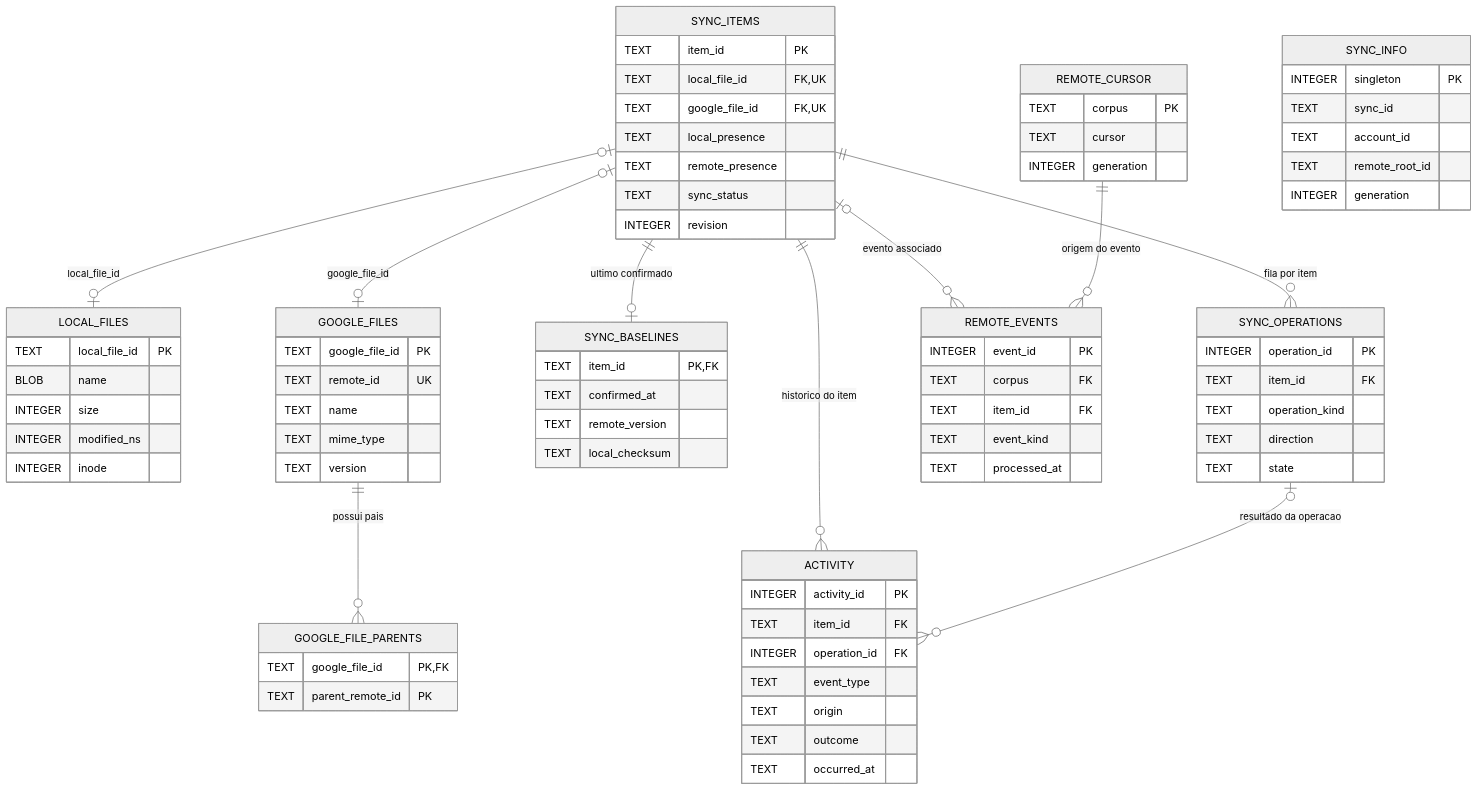
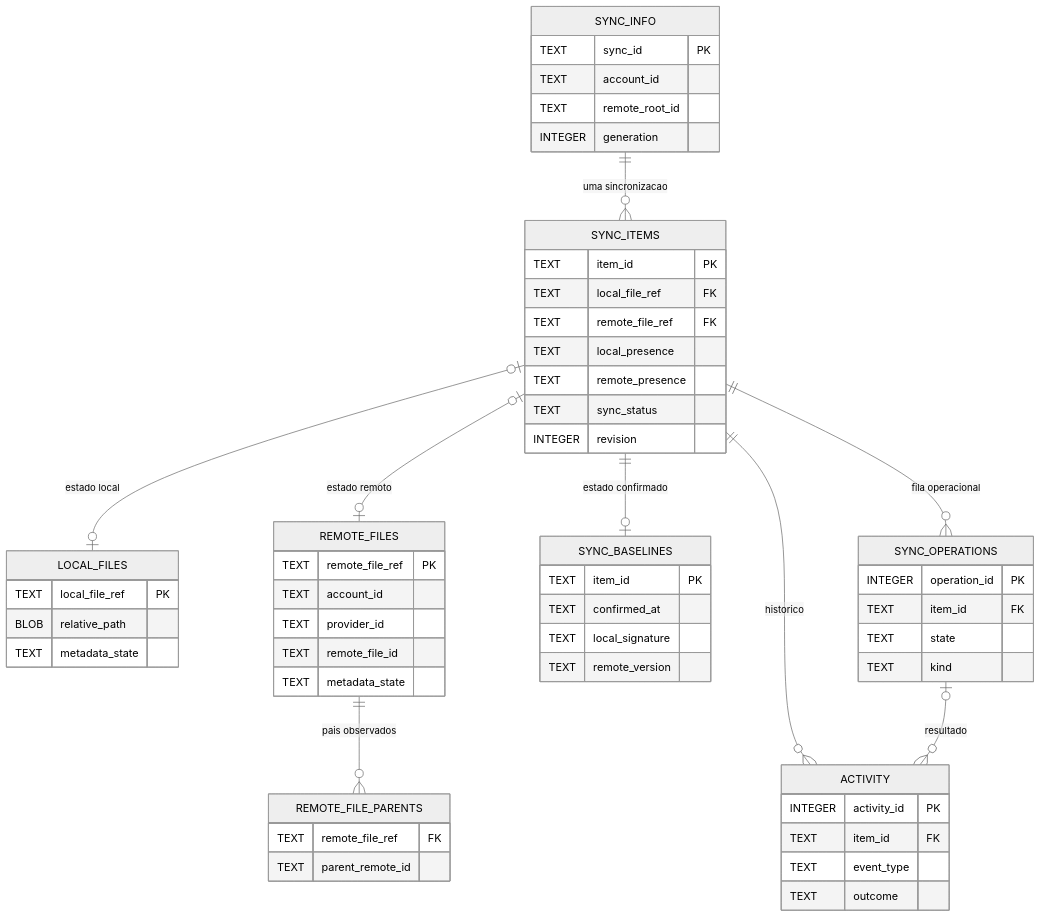
One commit to rafatosta/drivesync changed the second of 2 diagrams in docs/engine/inventory/README.md. Above: the diagram before and after it, drawn with Mermaid (neutral theme). The commit also changed other lines of this file, not shown here.

Commit message:
docs(inventory): visualize SyncItem with Models and clarify Detector ownership boundary

````diff
--- a/docs/engine/inventory/README.md
+++ b/docs/engine/inventory/README.md
@@ -54,81 +106,60 @@
 ```mermaid
 erDiagram
-    SYNC_ITEMS o|--o| LOCAL_FILES : "local_file_id"
-    SYNC_ITEMS o|--o| GOOGLE_FILES : "google_file_id"
-    GOOGLE_FILES ||--o{ GOOGLE_FILE_PARENTS : "possui pais"
-    SYNC_ITEMS ||--o| SYNC_BASELINES : "ultimo confirmado"
-    SYNC_ITEMS ||--o{ SYNC_OPERATIONS : "fila por item"
-    SYNC_ITEMS o|--o{ REMOTE_EVENTS : "evento associado"
-    REMOTE_CURSOR ||--o{ REMOTE_EVENTS : "origem do evento"
-    SYNC_ITEMS ||--o{ ACTIVITY : "historico do item"
-    SYNC_OPERATIONS o|--o{ ACTIVITY : "resultado da operacao"
-
+    SYNC_INFO ||--o{ SYNC_ITEMS : "uma sincronizacao"
+    SYNC_ITEMS o|--o| LOCAL_FILES : "estado local"
+    SYNC_ITEMS o|--o| REMOTE_FILES : "estado remoto"
+    REMOTE_FILES ||--o{ REMOTE_FILE_PARENTS : "pais observados"
+    SYNC_ITEMS ||--o| SYNC_BASELINES : "estado confirmado"
+    SYNC_ITEMS ||--o{ SYNC_OPERATIONS : "fila operacional"
+    SYNC_ITEMS ||--o{ ACTIVITY : "historico"
+    SYNC_OPERATIONS o|--o{ ACTIVITY : "resultado"
     SYNC_INFO {
-        INTEGER singleton PK
-        TEXT sync_id
+        TEXT sync_id PK
         TEXT account_id
         TEXT remote_root_id
         INTEGER generation
     }
-    LOCAL_FILES {
-        TEXT local_file_id PK
-        BLOB name
-        INTEGER size
-        INTEGER modified_ns
-        INTEGER inode
-    }
-    GOOGLE_FILES {
-        TEXT google_file_id PK
-        TEXT remote_id UK
-        TEXT name
-        TEXT mime_type
-        TEXT version
-    }
-    GOOGLE_FILE_PARENTS {
-        TEXT google_file_id PK,FK
-        TEXT parent_remote_id PK
-    }
     SYNC_ITEMS {
         TEXT item_id PK
-        TEXT local_file_id FK,UK
-        TEXT google_file_id FK,UK
+        TEXT local_file_ref FK
+        TEXT remote_file_ref FK
         TEXT local_presence
         TEXT remote_presence
         TEXT sync_status
         INTEGER revision
     }
+    LOCAL_FILES {
+        TEXT local_file_ref PK
+        BLOB relative_path
+        TEXT metadata_state
+    }
+    REMOTE_FILES {
+        TEXT remote_file_ref PK
+        TEXT account_id
+        TEXT provider_id
+        TEXT remote_file_id
+        TEXT metadata_state
+    }
+    REMOTE_FILE_PARENTS {
+        TEXT remote_file_ref FK
+        TEXT parent_remote_id
+    }
     SYNC_BASELINES {
-        TEXT item_id PK,FK
+        TEXT item_id PK
         TEXT confirmed_at
+        TEXT local_signature
         TEXT remote_version
-        TEXT local_checksum
     }
     SYNC_OPERATIONS {
         INTEGER operation_id PK
         TEXT item_id FK
-        TEXT operation_kind
-        TEXT direction
         TEXT state
-    }
-    REMOTE_CURSOR {
-        TEXT corpus PK
-        TEXT cursor
-        INTEGER generation
-    }
-    REMOTE_EVENTS {
-        INTEGER event_id PK
-        TEXT corpus FK
-        TEXT item_id FK
-        TEXT event_kind
-        TEXT processed_at
+        TEXT kind
     }
     ACTIVITY {
         INTEGER activity_id PK
         TEXT item_id FK
-        INTEGER operation_id FK
         TEXT event_type
-        TEXT origin
         TEXT outcome
-        TEXT occurred_at
     }
 ```
````
